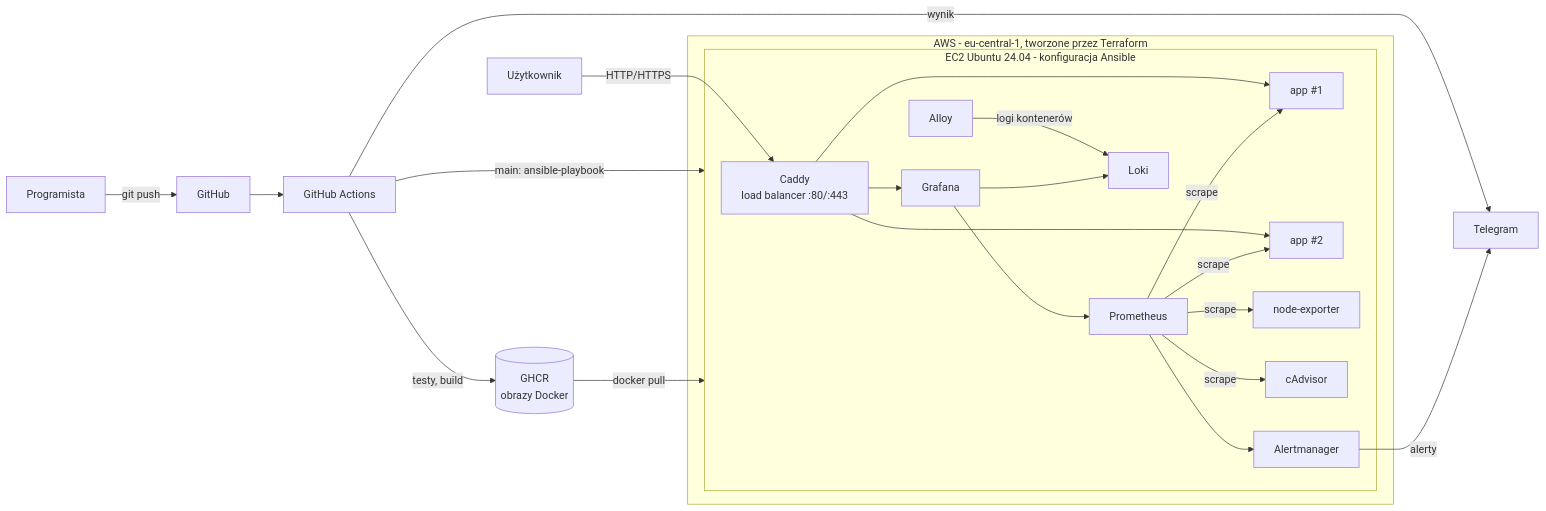
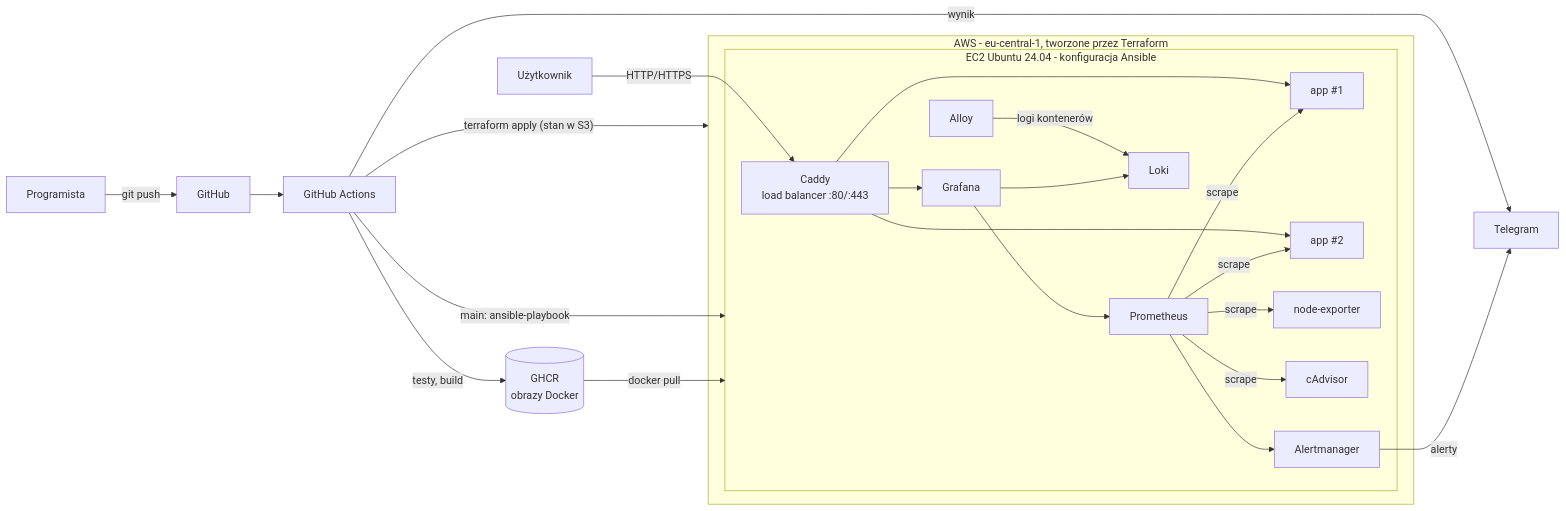
Before and after one commit to malsoa2023/devops-projekt: the first of 2 diagrams in README.md, drawn with Mermaid. The commit also changed other lines of this file and 15 other files, not shown here.

````diff
--- a/README.md
+++ b/README.md
@@ -19,24 +19,25 @@
 ```mermaid
 graph LR
     dev[Programista] -- git push --> gh[GitHub]
     gh --> ci[GitHub Actions]
     ci -- testy, build --> ghcr[(GHCR<br/>obrazy Docker)]
+    ci -- "terraform apply (stan w S3)" --> aws
     ci -- "main: ansible-playbook" --> ec2
     ci -- wynik --> tg[Telegram]
 
     subgraph aws[AWS - eu-central-1, tworzone przez Terraform]
       subgraph ec2[EC2 Ubuntu 24.04 - konfiguracja Ansible]
         caddy[Caddy<br/>load balancer :80/:443] --> app1[app #1]
         caddy --> app2[app #2]
         caddy --> grafana[Grafana]
         prom[Prometheus] -- scrape --> app1 & app2
         prom -- scrape --> ne[node-exporter] & cad[cAdvisor]
         prom --> am[Alertmanager]
         alloy[Alloy] -- logi kontenerów --> loki[Loki]
         grafana --> prom & loki
       end
     end
     ghcr -- docker pull --> ec2
     am -- alerty --> tg
     user[Użytkownik] -- HTTP/HTTPS --> caddy
 ```
````
